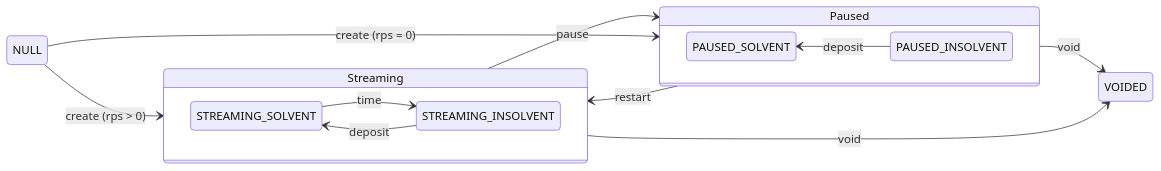
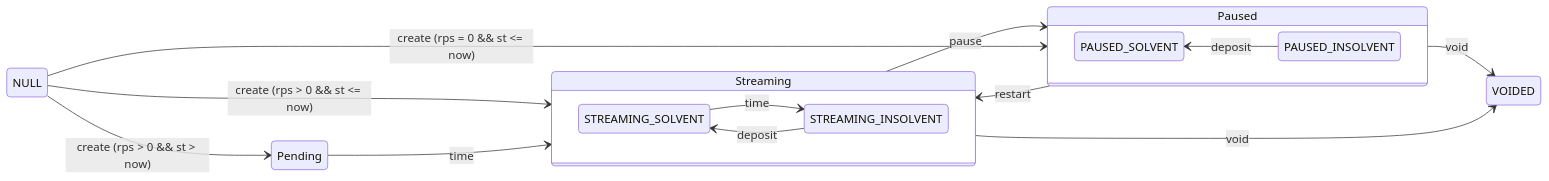
Before and after one commit to sablier-labs/lockup: the first of 8 diagrams in DIAGRAMS.md, drawn with Mermaid. The commit also changed other lines of this file and 40 other files, not shown here.

First line of the commit message:
feat: create with start time (#392)

````diff
--- a/DIAGRAMS.md
+++ b/DIAGRAMS.md
@@ -23,42 +25,46 @@
 ```mermaid
 stateDiagram-v2
     direction LR
 
     state Streaming {
         direction LR
         STREAMING_SOLVENT
         STREAMING_INSOLVENT --> STREAMING_SOLVENT : deposit
         STREAMING_SOLVENT --> STREAMING_INSOLVENT : time
     }
 
     state Paused {
         direction RL
         PAUSED_SOLVENT
         PAUSED_INSOLVENT --> PAUSED_SOLVENT : deposit
         PAUSED_INSOLVENT
     }
 
     Streaming --> Paused : pause
     Paused --> Streaming : restart
     Paused --> VOIDED : void
     Streaming --> VOIDED : void
 
-    NULL --> Streaming : create (rps > 0)
-    NULL --> Paused : create (rps = 0)
+    NULL --> Streaming : create (rps > 0 && st <= now)
+    NULL --> Pending : create (rps > 0 && st > now)
+    NULL --> Paused : create (rps = 0 && st <= now)
+    Pending --> Streaming : time
 
-    NULL:::grey
+
+
+    Pending:::grey
     Paused:::lightYellow
     PAUSED_INSOLVENT:::intenseYellow
     PAUSED_SOLVENT:::intenseYellow
     Streaming:::lightGreen
     STREAMING_INSOLVENT:::intenseGreen
     STREAMING_SOLVENT:::intenseGreen
     VOIDED:::red
 
     classDef grey fill:#b0b0b0,stroke:#333,stroke-width:2px,color:#000,font-weight:bold;
     classDef intenseGreen fill:#32cd32,stroke:#333,stroke-width:2px,color:#000,font-weight:bold;
     classDef intenseYellow fill:#ffd700,color:#000,font-weight:bold;
     classDef lightGreen fill:#98FB98,color:#000,font-weight:bold;
     classDef lightYellow fill:#ffff99,color:#000,font-weight:bold;
     classDef red fill:#ff4e4e,stroke:#333,stroke-width:2px;
 ```
````
